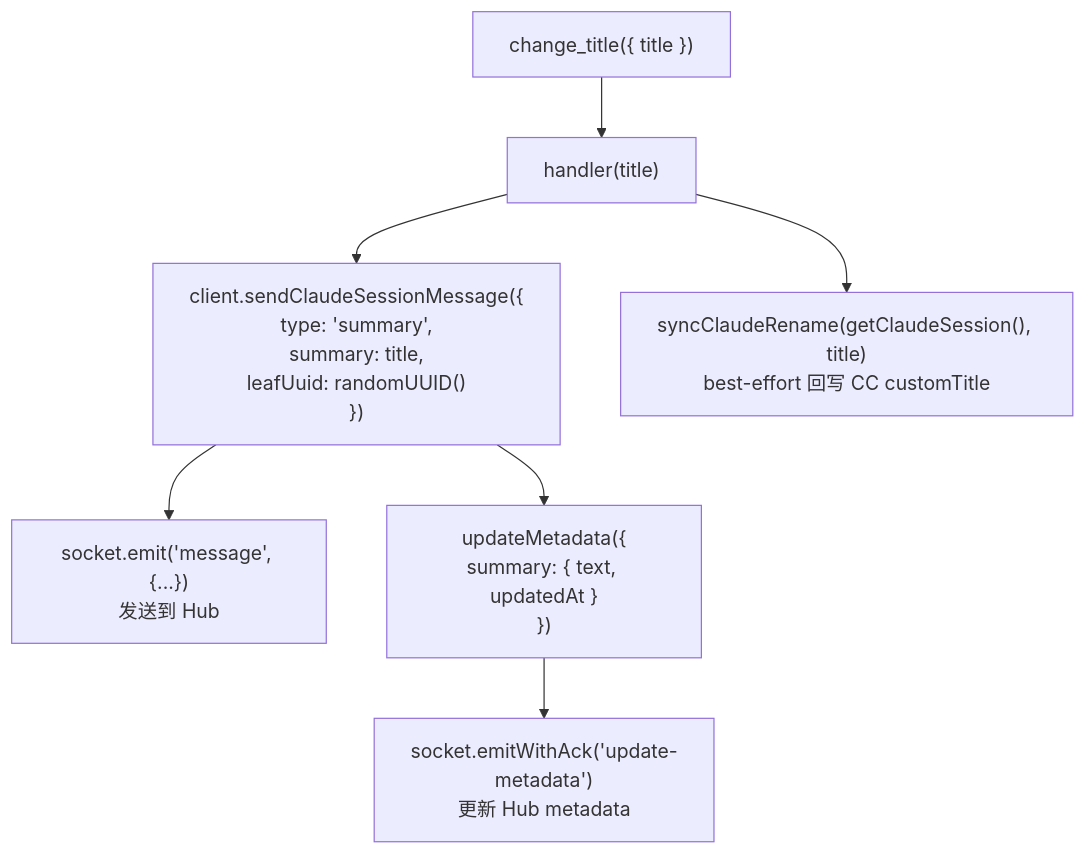
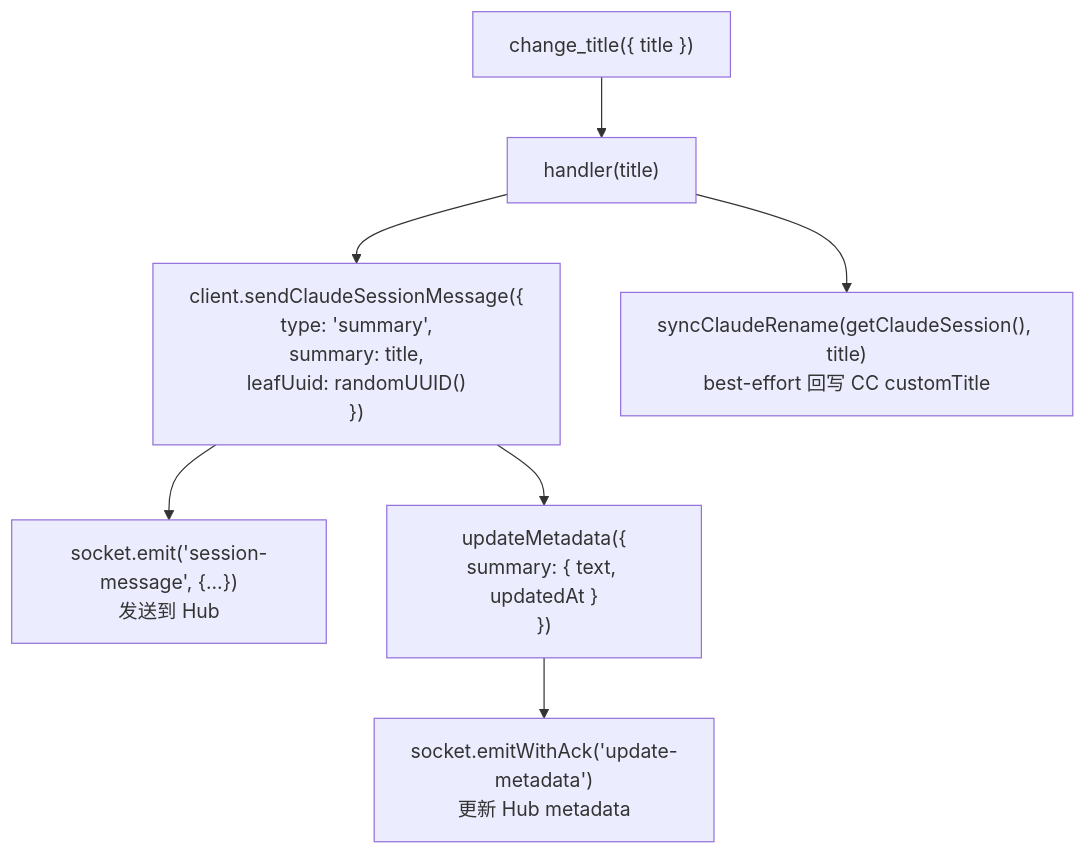
The fourth of 4 diagrams in docs/architecture/cli/commands/mcp/README.md (ModuBit/mobi), drawn with Mermaid before and after one commit. The commit also changed other lines of this file and 42 other files, not shown here.

````diff
--- a/docs/architecture/cli/commands/mcp/README.md
+++ b/docs/architecture/cli/commands/mcp/README.md
@@ -73,9 +73,9 @@
 ```mermaid
 flowchart TB
     Call["change_title({ title })"] --> Handler["handler(title)"]
     Handler --> Send["client.sendClaudeSessionMessage({<br/>type: 'summary',<br/>summary: title,<br/>leafUuid: randomUUID()<br/>})"]
-    Send --> Emit["socket.emit('message', {...})<br/>发送到 Hub"]
+    Send --> Emit["socket.emit('session-message', {...})<br/>发送到 Hub"]
     Send --> Update["updateMetadata({<br/>summary: { text, updatedAt }<br/>})"]
     Update --> MetaUpdate["socket.emitWithAck('update-metadata')<br/>更新 Hub metadata"]
     Handler --> RenameCC["syncClaudeRename(getClaudeSession(), title)<br/>best-effort 回写 CC customTitle"]
 ```
````
